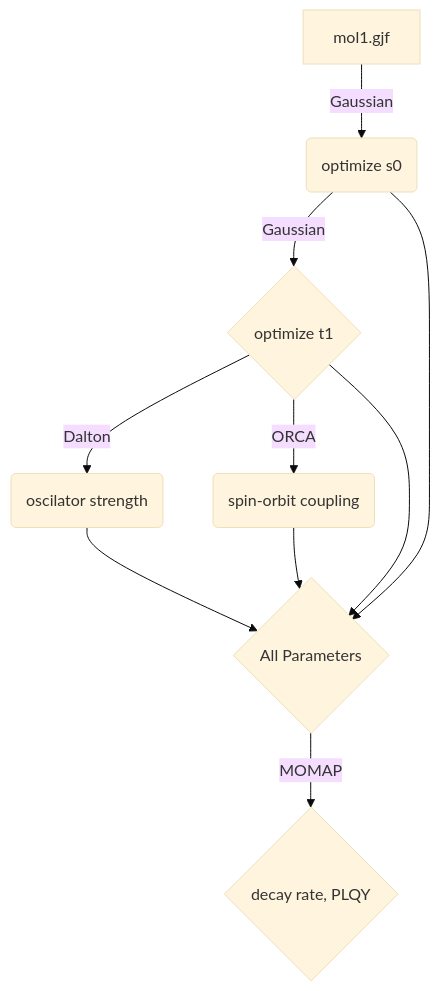
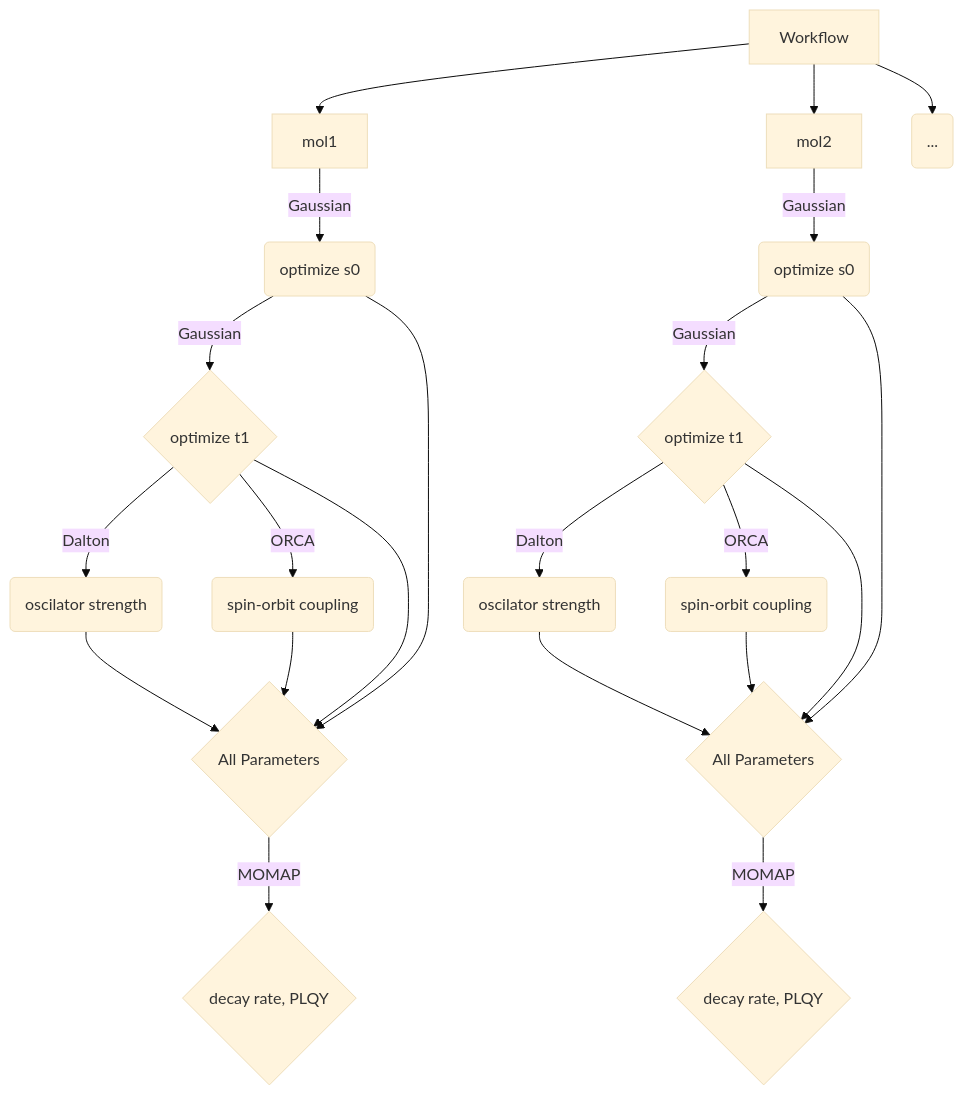
The diagram in ReadMe.md (jiangtong1000/PhorsOLED_flow), drawn with Mermaid (base theme) before and after one commit. The commit also changed other lines of this file and 4 other files, not shown here.

````diff
--- a/ReadMe.md
+++ b/ReadMe.md
@@ -28,12 +28,24 @@
   ```mermaid
     graph
-  E[mol1.gjf] -->|Gaussian|F(optimize s0)
+   T[Workflow] --> E
+   T-->E2
+  E[mol1] -->|Gaussian|F(optimize s0)
   F -->|Gaussian|A{optimize t1}
   A -->|Dalton|B(oscilator strength)
   A -->|ORCA|C(spin-orbit coupling)
   B -->D{Outputs}
   C --> D
   A --> D
   F --> D{All Parameters}
   D -->|MOMAP| G{decay rate, PLQY}
+  E2[mol2] -->|Gaussian|F2(optimize s0)
+  F2 -->|Gaussian|A2{optimize t1}
+  A2 -->|Dalton|B2(oscilator strength)
+  A2 -->|ORCA|C2(spin-orbit coupling)
+  B2 -->D2{Outputs}
+  C2 --> D2
+  A2 --> D2
+  F2 --> D2{All Parameters}
+  D2 -->|MOMAP| G2{decay rate, PLQY}
+   T[Workflow] --> E3(...)
   ```
````
